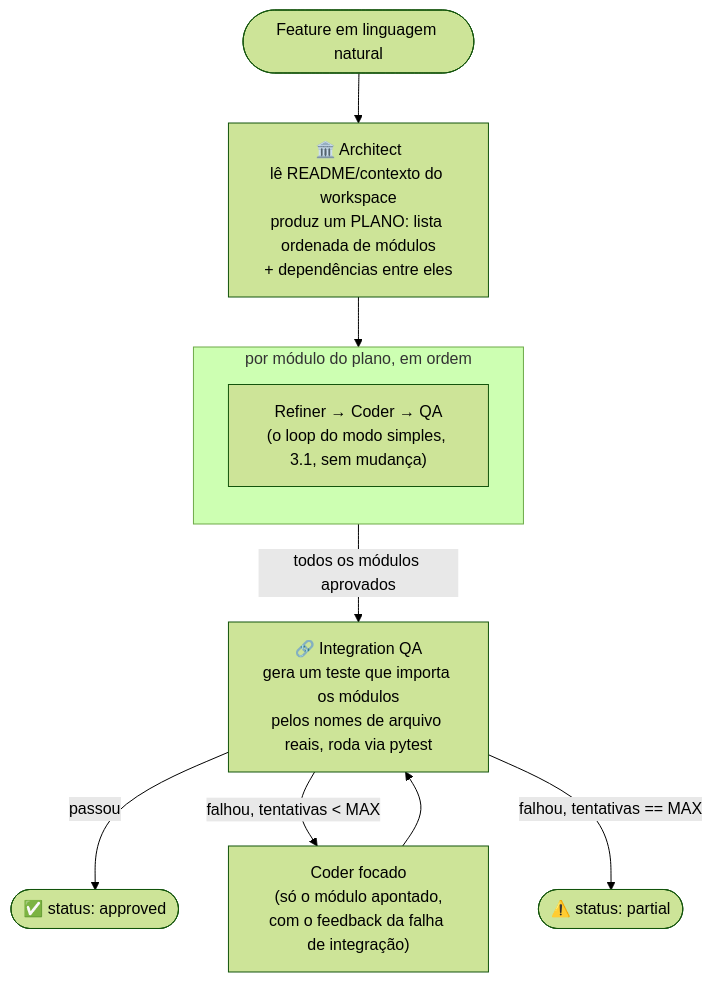
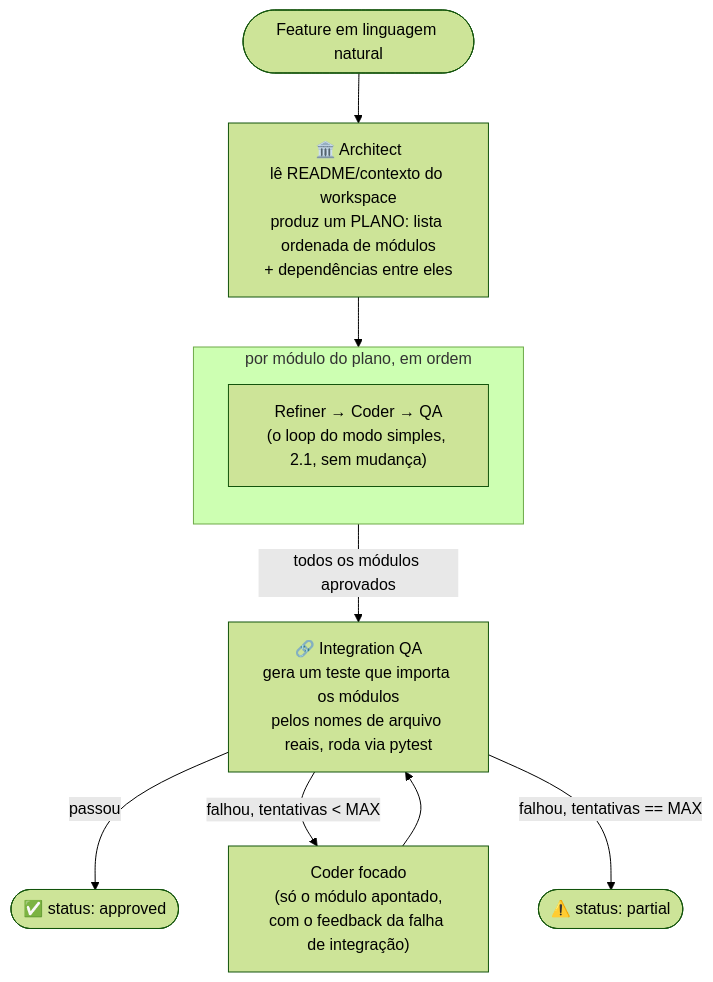
One commit to victorhorat/devsquad-agents changed the second of 2 diagrams in README.md. Above: the diagram before and after it, drawn with Mermaid (forest theme). The commit also changed other lines of this file, not shown here.

````diff
--- a/README.md
+++ b/README.md
@@ -77,22 +73,22 @@
 ```mermaid
 flowchart TD
     Start([Feature em linguagem natural]) --> Architect
 
     Architect["🏛️ Architect\nlê README/contexto do workspace\nproduz um PLANO: lista ordenada de módulos\n+ dependências entre eles"]
 
     Architect --> ModuleLoop
 
     subgraph ModuleLoop["por módulo do plano, em ordem"]
         direction TB
-        Inner["Refiner → Coder → QA\n(o loop do modo simples, 3.1, sem mudança)"]
+        Inner["Refiner → Coder → QA\n(o loop do modo simples, 2.1, sem mudança)"]
     end
 
     ModuleLoop -->|todos os módulos aprovados| Integration
 
     Integration["🔗 Integration QA\ngera um teste que importa os módulos\npelos nomes de arquivo reais, roda via pytest"]
 
     Integration -->|passou| Done([✅ status: approved])
     Integration -->|falhou, tentativas < MAX| Fix["Coder focado\n(só o módulo apontado,\ncom o feedback da falha de integração)"]
     Fix --> Integration
     Integration -->|falhou, tentativas == MAX| Partial([⚠️ status: partial])
 ```
````
